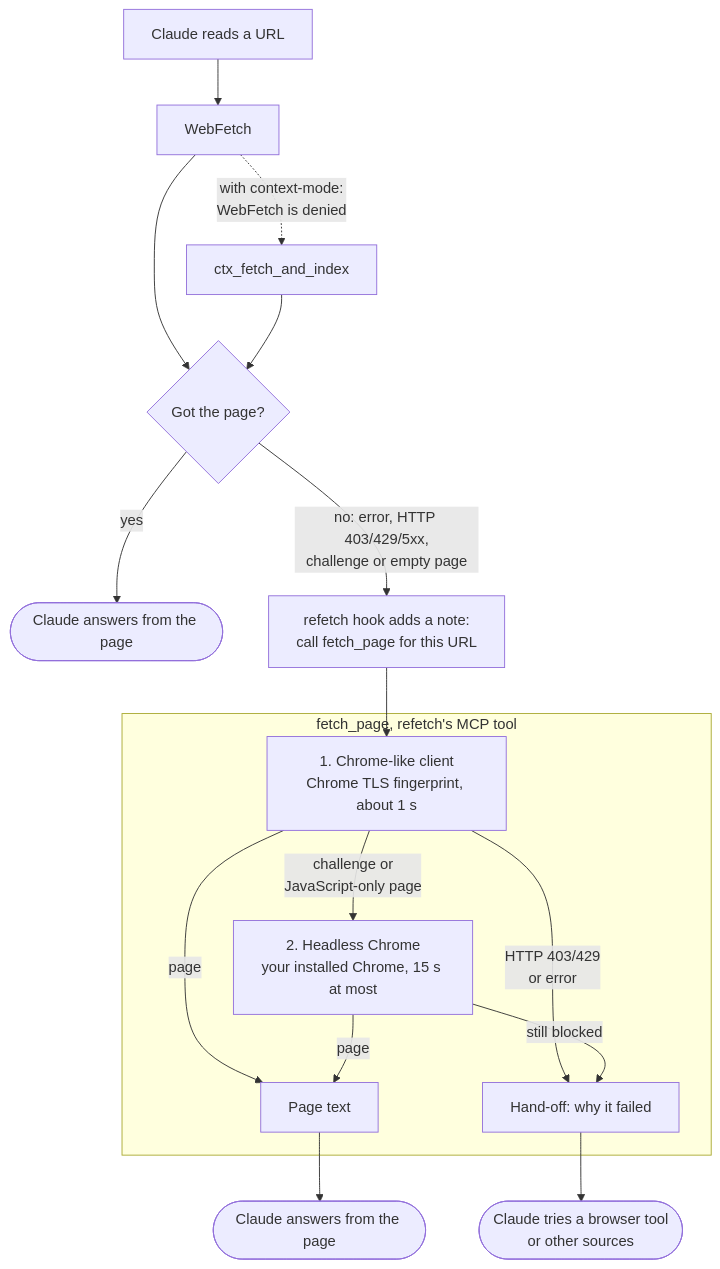
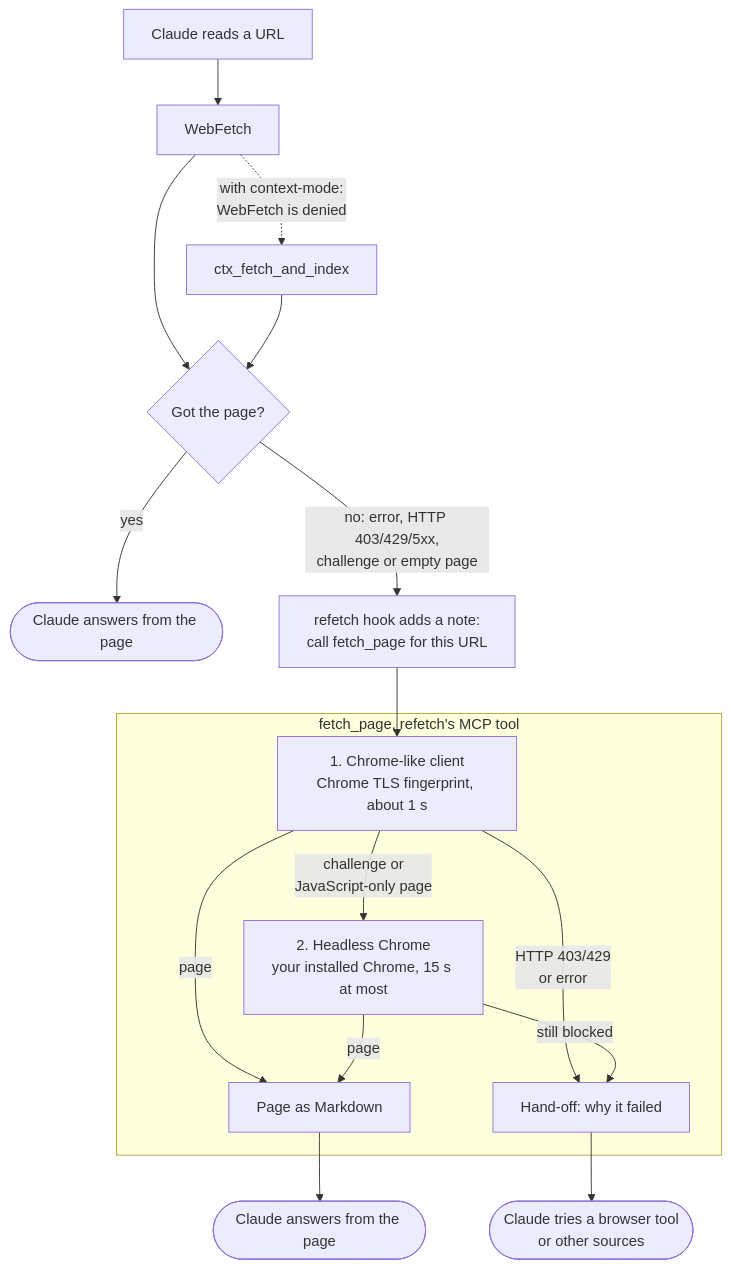
The diagram in README.md (samgozman/refetch), drawn with Mermaid before and after one commit. The commit also changed other lines of this file and 16 other files, not shown here.

First line of the commit message:
feat: fetch_page returns Markdown, links and tables kept (#7)

````diff
--- a/README.md
+++ b/README.md
@@ -109,22 +109,22 @@
 ```mermaid
 flowchart TD
     Claude["Claude reads a URL"] --> WebFetch["WebFetch"]
     WebFetch -. "with context-mode:<br/>WebFetch is denied" .-> Ctx["ctx_fetch_and_index"]
     WebFetch --> Read{"Got the page?"}
     Ctx --> Read
     Read -- "yes" --> Done(["Claude answers from the page"])
     Read -- "no: error, HTTP 403/429/5xx,<br/>challenge or empty page" --> Hook["refetch hook adds a note:<br/>call fetch_page for this URL"]
     Hook --> Client
 
     subgraph FetchPage ["fetch_page, refetch's MCP tool"]
         Client["1. Chrome-like client<br/>Chrome TLS fingerprint, about 1 s"]
         Client -- "challenge or<br/>JavaScript-only page" --> Headless["2. Headless Chrome<br/>your installed Chrome, 15 s at most"]
-        Client -- "page" --> Text["Page text"]
+        Client -- "page" --> Text["Page as Markdown"]
         Headless -- "page" --> Text
         Client -- "HTTP 403/429<br/>or error" --> Handoff["Hand-off: why it failed"]
         Headless -- "still blocked" --> Handoff
     end
 
     Text --> Rescued(["Claude answers from the page"])
     Handoff --> Other(["Claude tries a browser tool<br/>or other sources"])
 ```
````
